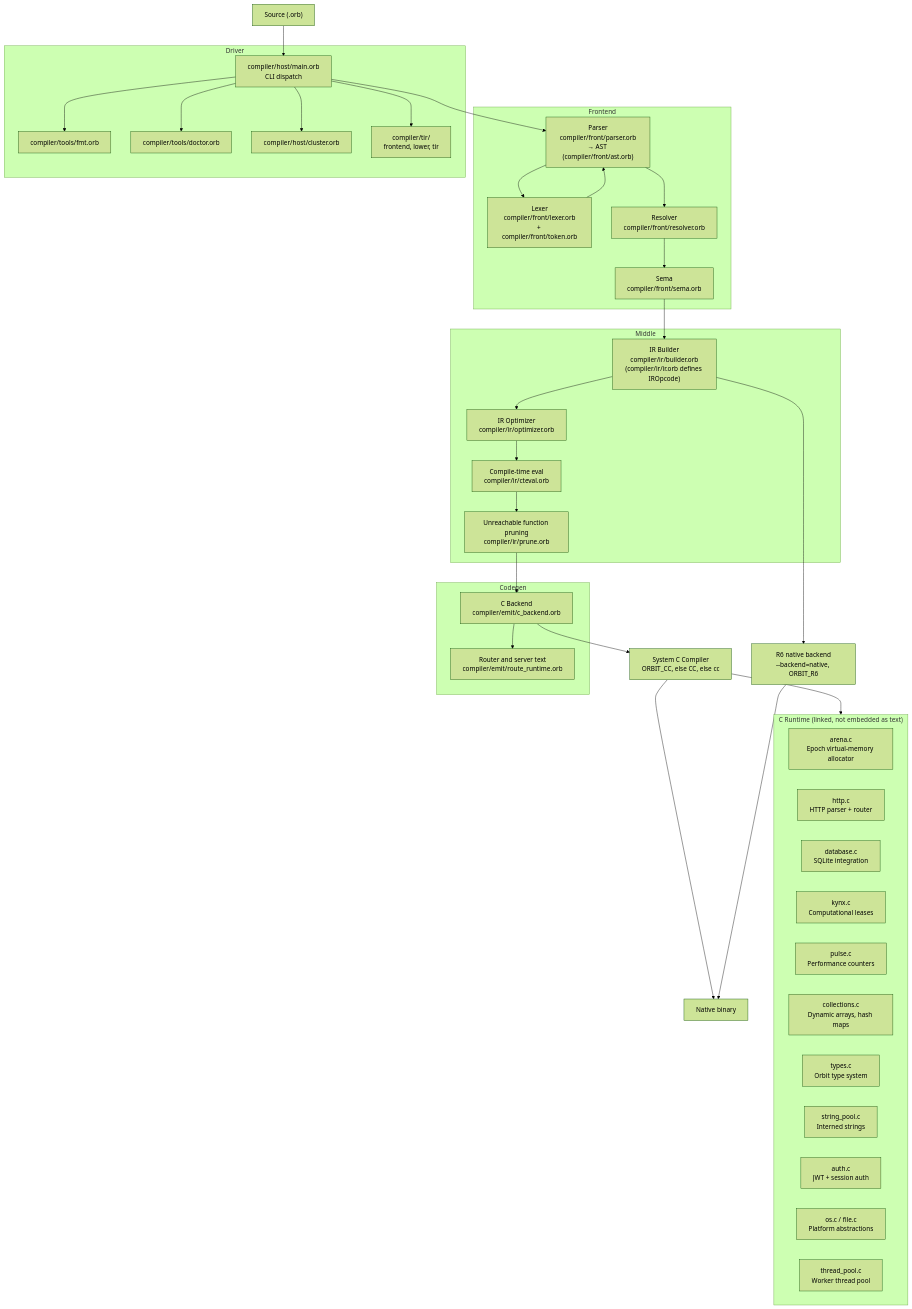
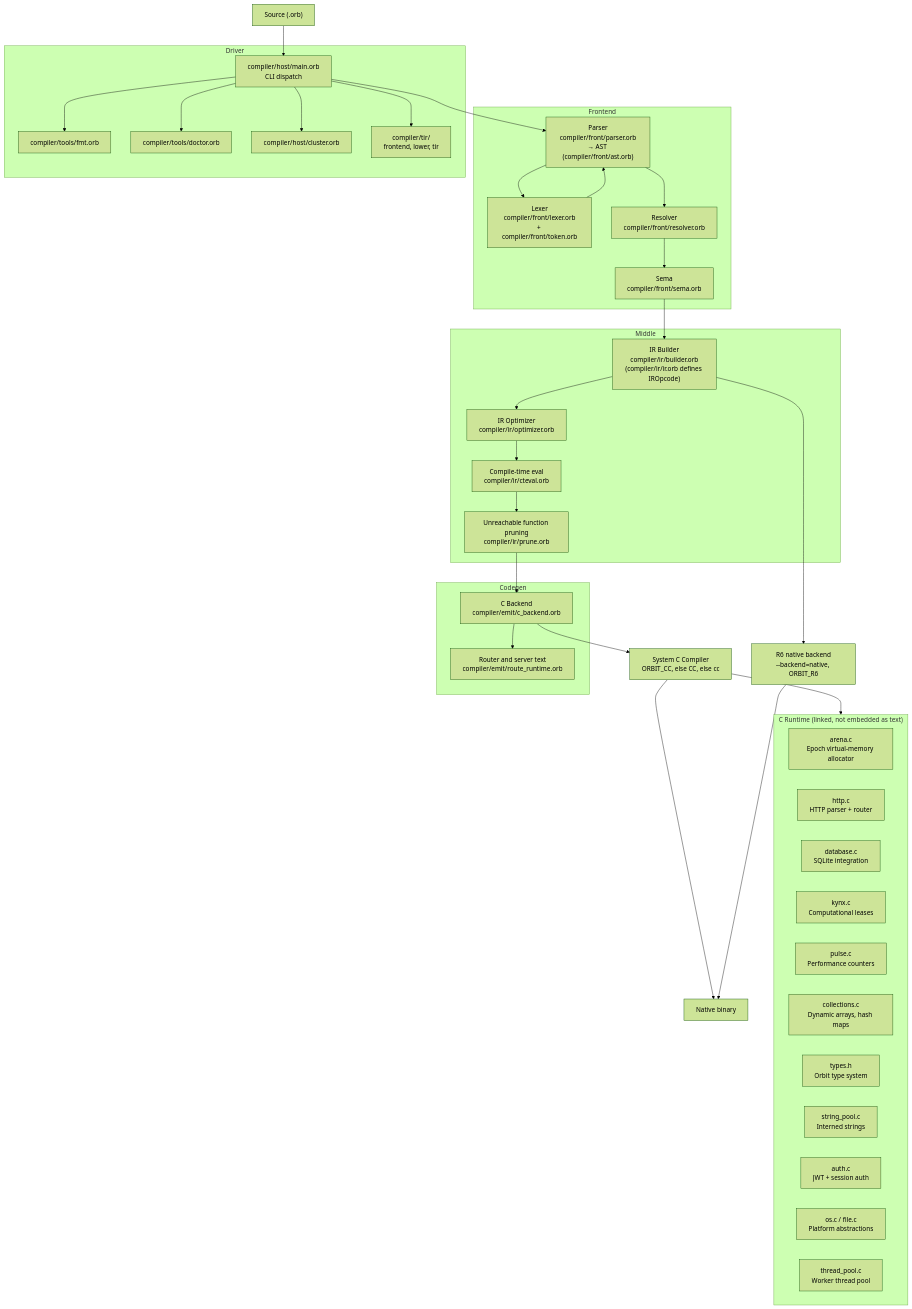
Before and after one commit to joacokhzyx/orbit-lang: the diagram in docs/ARCHITECTURE.md, drawn with Mermaid (forest theme). The commit also changed other lines of this file and 13 other files, not shown here.

First line of the commit message:
runtime: build OrbitResult inline and delete types.c

````diff
--- a/docs/ARCHITECTURE.md
+++ b/docs/ARCHITECTURE.md
@@ -30,62 +30,62 @@
 ```mermaid
 flowchart TD
     SRC["Source (.orb)"]
 
     subgraph Frontend
         LEX["Lexer\ncompiler/front/lexer.orb\n+ compiler/front/token.orb"]
         PAR["Parser\ncompiler/front/parser.orb\n→ AST (compiler/front/ast.orb)"]
         RES["Resolver\ncompiler/front/resolver.orb"]
         SEM["Sema\ncompiler/front/sema.orb"]
     end
 
     subgraph Middle
         IR["IR Builder\ncompiler/ir/builder.orb\n(compiler/ir/ir.orb defines IROpcode)"]
         OPT["IR Optimizer\ncompiler/ir/optimizer.orb"]
         CTE["Compile-time eval\ncompiler/ir/cteval.orb"]
         PRN["Unreachable function pruning\ncompiler/ir/prune.orb"]
     end
 
     subgraph Codegen
         CBK["C Backend\ncompiler/emit/c_backend.orb"]
         RTM["Router and server text\ncompiler/emit/route_runtime.orb"]
     end
 
     subgraph Runtime["C Runtime (linked, not embedded as text)"]
         ARN["arena.c\nEpoch virtual-memory allocator"]
         HTTP["http.c\nHTTP parser + router"]
         DB["database.c\nSQLite integration"]
         KYN["kynx.c\nComputational leases"]
         PLS["pulse.c\nPerformance counters"]
         COL["collections.c\nDynamic arrays, hash maps"]
-        TYP["types.c\nOrbit type system"]
+        TYP["types.h\nOrbit type system"]
         STR["string_pool.c\nInterned strings"]
         AUTH["auth.c\nJWT + session auth"]
         OS["os.c / file.c\nPlatform abstractions"]
         THR["thread_pool.c\nWorker thread pool"]
     end
 
     subgraph Driver
         MAIN["compiler/host/main.orb\nCLI dispatch"]
         FMT["compiler/tools/fmt.orb"]
         DOC["compiler/tools/doctor.orb"]
         CLU["compiler/host/cluster.orb"]
         FE["compiler/tir/\nfrontend, lower, tir"]
     end
 
     SRC --> MAIN
     MAIN --> PAR
     PAR --> LEX
     LEX --> PAR
     PAR --> RES --> SEM --> IR
     IR --> OPT --> CTE --> PRN --> CBK
     CBK --> RTM
     CBK --> CC["System C Compiler\nORBIT_CC, else CC, else cc"]
     CC --> BIN["Native binary"]
     IR --> R6["R6 native backend\n--backend=native, ORBIT_R6"]
     R6 --> BIN
     CC --> Runtime
     MAIN --> FMT
     MAIN --> DOC
     MAIN --> CLU
     MAIN --> FE
 ```
````
